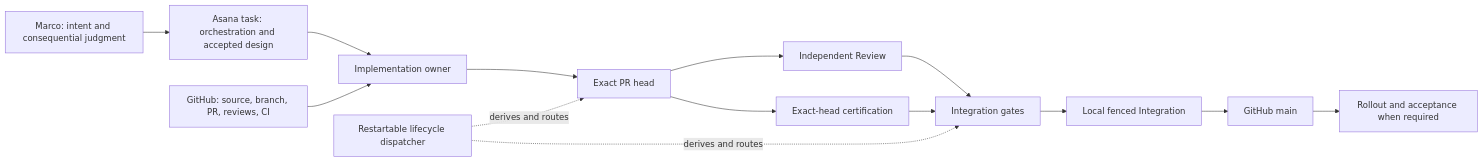
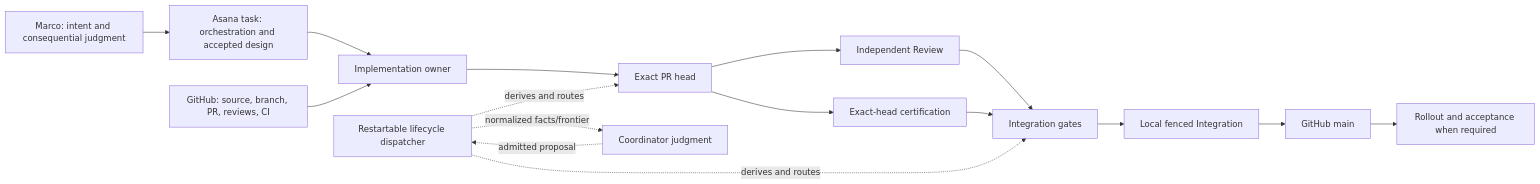
The diagram in dish/docs/architecture/development-workflow/index.md (marcogallotta/ai-tools), drawn with Mermaid before and after one commit. The commit also changed other lines of this file and 23 other files, not shown here.

````diff
--- a/dish/docs/architecture/development-workflow/index.md
+++ b/dish/docs/architecture/development-workflow/index.md
@@ -7,16 +7,18 @@
 ```mermaid
 flowchart LR
     Marco[Marco: intent and consequential judgment] --> Task[Asana task: orchestration and accepted design]
     Task --> Impl[Implementation owner]
     Git[GitHub: source, branch, PR, reviews, CI] --> Impl
     Impl --> PR[Exact PR head]
     PR --> Review[Independent Review]
     PR --> CI[Exact-head certification]
     Review --> Gate[Integration gates]
     CI --> Gate
     Gate --> Local[Local fenced Integration]
     Local --> Main[GitHub main]
     Main --> Completion[Rollout and acceptance when required]
     Dispatcher[Restartable lifecycle dispatcher] -. derives and routes .-> PR
     Dispatcher -. derives and routes .-> Gate
+    Dispatcher -. normalized facts/frontier .-> Coordinator[Coordinator judgment]
+    Coordinator -. admitted proposal .-> Dispatcher
 ```
````
